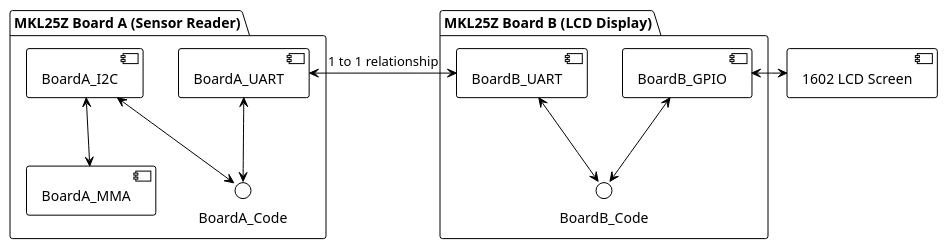
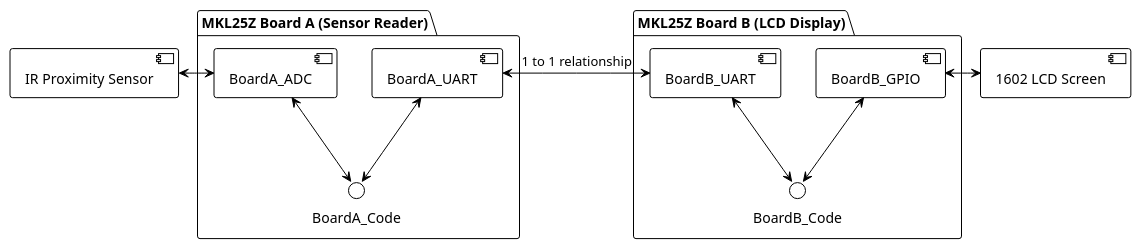
One commit to zachporter1999/SYSC-4907-mini-proj changed the diagram in Documentation/puml/system-uart.puml. Above: the diagram before and after it, drawn with PlantUML. The commit also changed 3 other files, not shown here.

Commit message:
Updated diagrams to use IR and ADC instead of Accelerometer and I2C

```diff
--- a/Documentation/puml/system-uart.puml
+++ b/Documentation/puml/system-uart.puml
@@ -1,36 +1,36 @@
 @startuml
 
 !theme plain
 
 component "1602 LCD Screen" as LCD
+component "IR Proximity Sensor" as IR
 
 package "MKL25Z Board A (Sensor Reader)" {
     component BoardA_UART
-    component BoardA_I2C
-    component BoardA_MMA
+    component BoardA_ADC
 
     interface BoardA_Code
 }
 
 package "MKL25Z Board B (LCD Display)" {
     component BoardB_UART
     component BoardB_GPIO
 
     interface BoardB_Code
 }
 
 ' Inter Board connections
 BoardA_UART <-r-> BoardB_UART : 1 to 1 relationship
 
 ' Board A layout
-BoardA_I2C <--> BoardA_MMA
-BoardA_I2C <--> BoardA_Code
+BoardA_ADC <-l-> IR
+BoardA_ADC <--> BoardA_Code
 BoardA_UART <--> BoardA_Code
 
 ' Board B layout
 BoardB_GPIO <-r-> LCD
 BoardB_GPIO <--> BoardB_Code
 BoardB_UART <--> BoardB_Code
 BoardB_GPIO -[hidden]l- BoardB_UART
 
 @enduml
```
